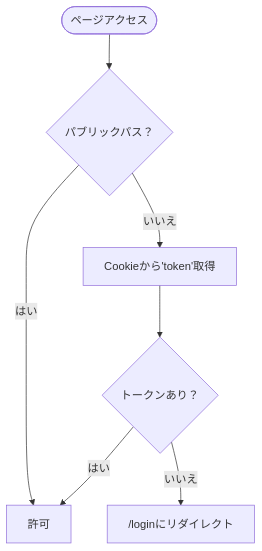
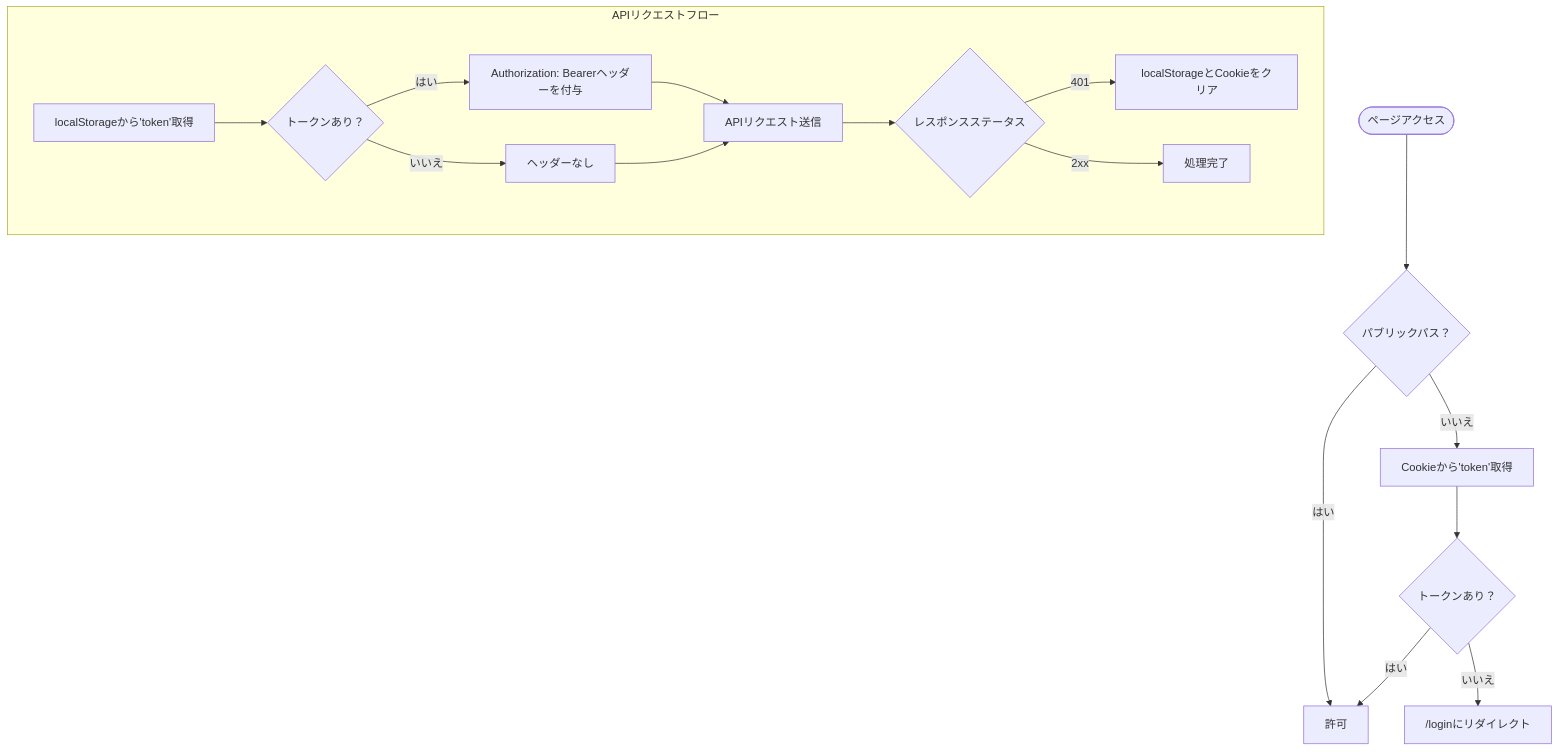
Before and after one commit to ss8806/Todos: the sixth of 7 diagrams in .qoder/repowiki/ja/content/認証システム/JWTトークン管理.md, drawn with Mermaid. The commit also changed other lines of this file and 38 other files, not shown here.

````diff
--- a/.qoder/repowiki/ja/content/認証システム/JWTトークン管理.md
+++ b/.qoder/repowiki/ja/content/認証システム/JWTトークン管理.md
@@ -257,9 +289,19 @@
 ```mermaid
 flowchart TD
 Enter(["ページアクセス"]) --> Public{"パブリックパス？"}
 Public --> |はい| Allow["許可"]
 Public --> |いいえ| CheckCookie["Cookieから'token'取得"]
 CheckCookie --> HasToken{"トークンあり？"}
 HasToken --> |はい| Allow
 HasToken --> |いいえ| Redirect["/loginにリダイレクト"]
+subgraph "APIリクエストフロー"
+TokenCheck["localStorageから'token'取得"] --> HasLocal{"トークンあり？"}
+HasLocal --> |はい| AddHeader["Authorization: Bearerヘッダーを付与"]
+HasLocal --> |いいえ| NoHeader["ヘッダーなし"]
+AddHeader --> Request["APIリクエスト送信"]
+NoHeader --> Request
+Request --> Response{"レスポンスステータス"}
+Response --> |401| Logout["localStorageとCookieをクリア"]
+Response --> |2xx| Success["処理完了"]
+end
 ```
````
